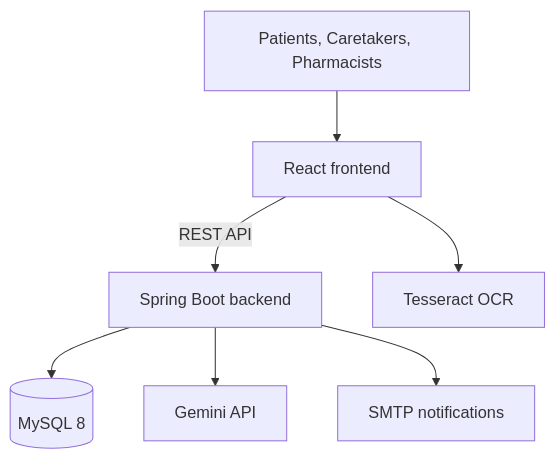
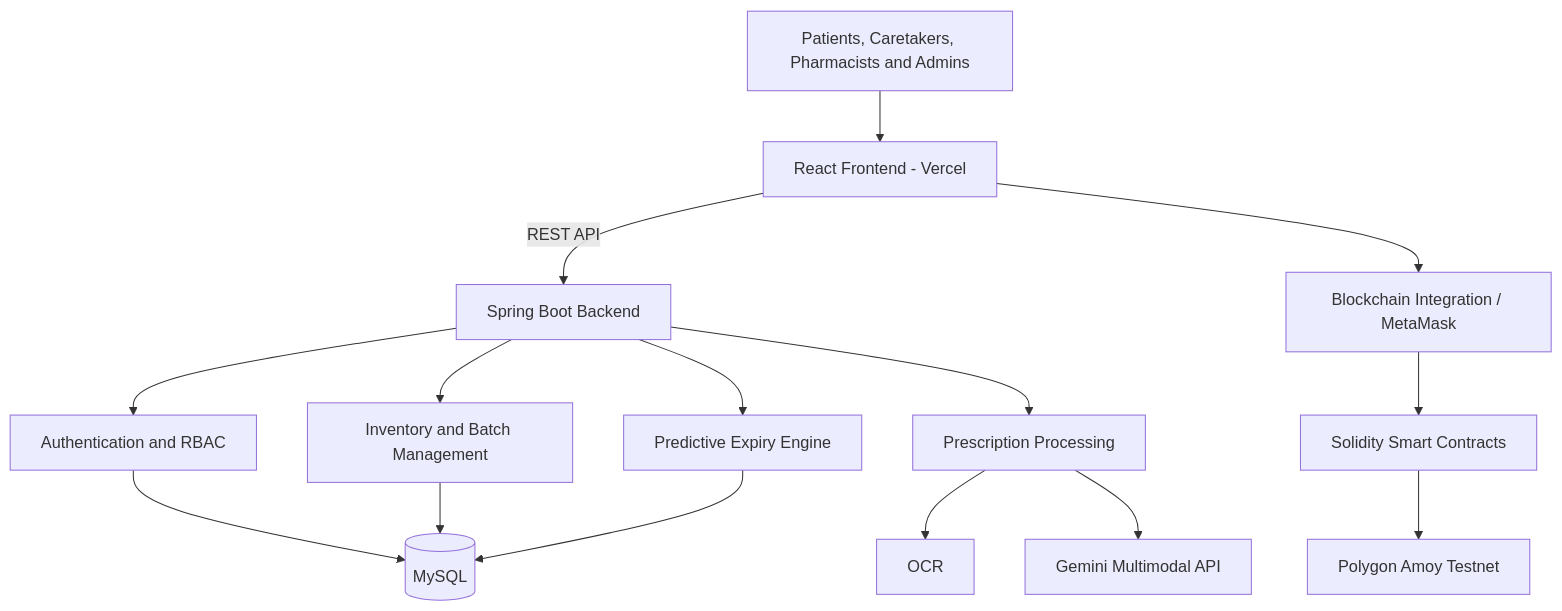
One commit to 9harshithp/Pharmasure changed the first of 4 diagrams in README.md. Above: the diagram before and after it, drawn with Mermaid. The commit also changed other lines of this file, not shown here.

First line of the commit message:
Revise README with architecture and workflow diagrams

````diff
--- a/README.md
+++ b/README.md
@@ -70,9 +74,22 @@
 ```mermaid
-flowchart TD
-    U["Patients, Caretakers, Pharmacists"] --> F["React frontend"]
-    F -->|REST API| B["Spring Boot backend"]
-    B --> D[("MySQL 8")]
-    B --> G["Gemini API"]
-    B --> M["SMTP notifications"]
-    F --> O["Tesseract OCR"]
+flowchart TB
+    U["Patients, Caretakers, Pharmacists and Admins"]
+    U --> F["React Frontend - Vercel"]
+    F -->|REST API| B["Spring Boot Backend"]
+
+    B --> A["Authentication and RBAC"]
+    B --> I["Inventory and Batch Management"]
+    B --> E["Predictive Expiry Engine"]
+    B --> P["Prescription Processing"]
+    F --> T["Blockchain Integration / MetaMask"]
+
+    A --> DB[("MySQL")]
+    I --> DB
+    E --> DB
+
+    P --> OCR["OCR"]
+    P --> AI["Gemini Multimodal API"]
+
+    T --> SC["Solidity Smart Contracts"]
+    SC --> BC["Polygon Amoy Testnet"]
 ```
````
